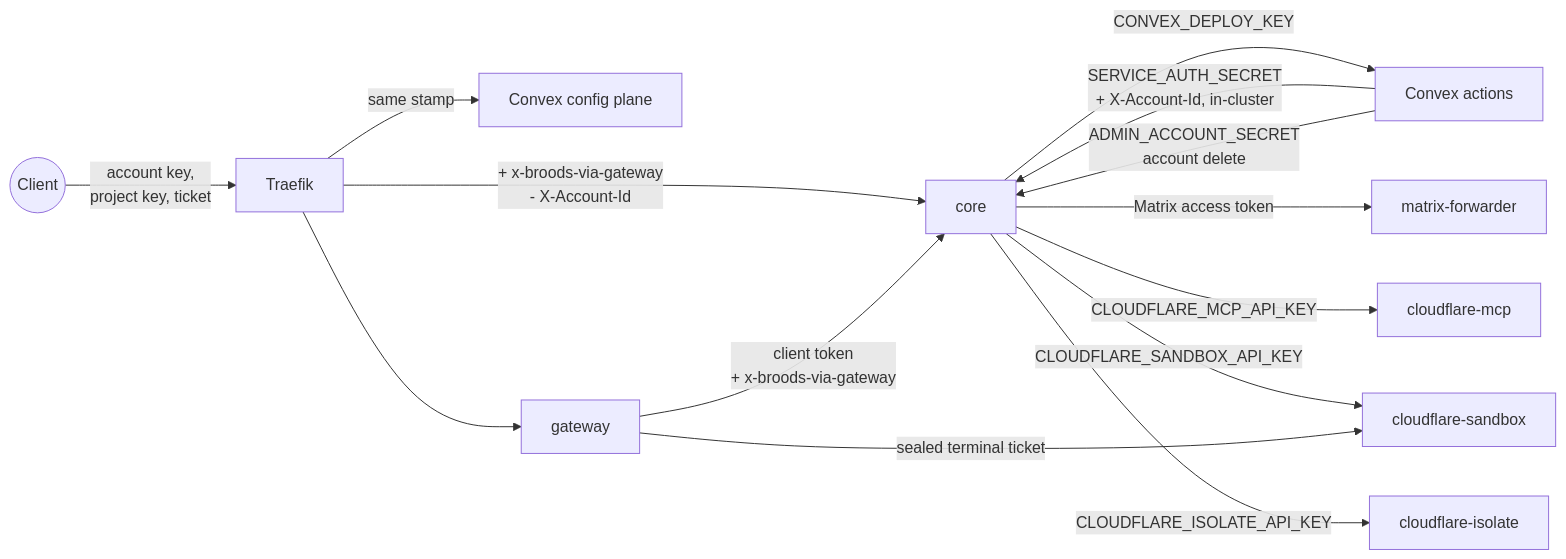
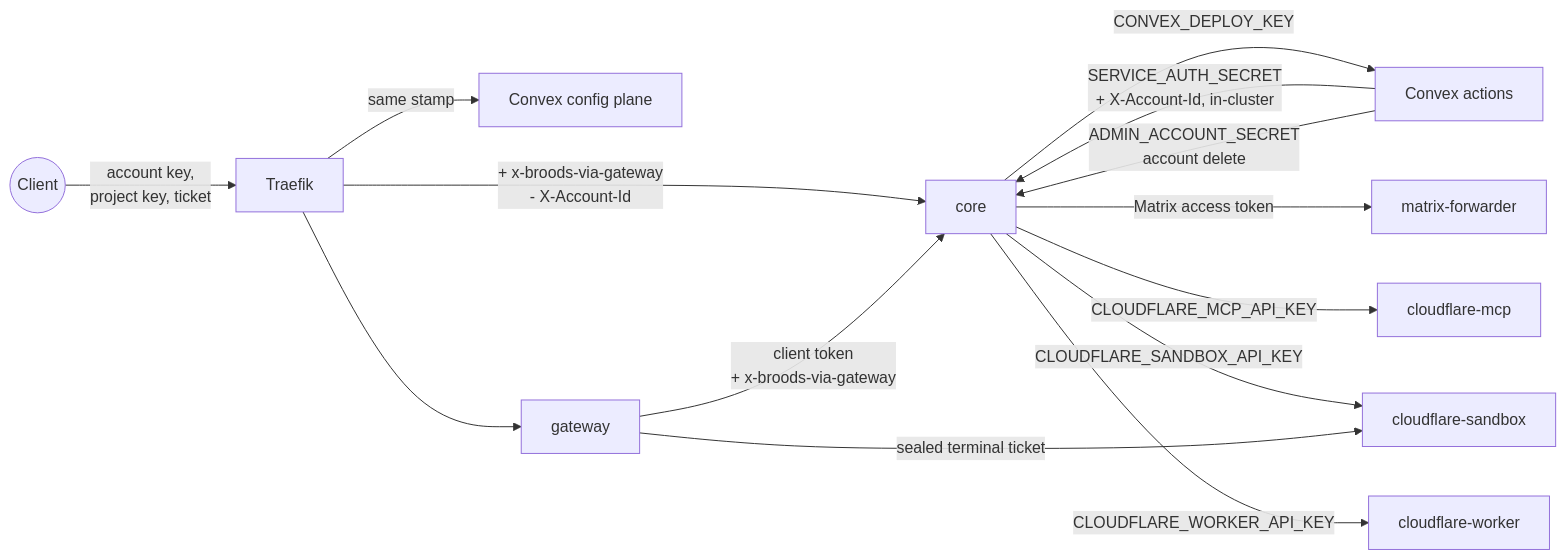
One commit to beeblastco/broods changed the fifth of 8 diagrams in apps/docs/docs/internals/operations.md. Above: the diagram before and after it, drawn with Mermaid. The commit also changed other lines of this file and 19 other files, not shown here.

First line of the commit message:
fix(dashboard,docs,demos): name the provider Fast Cloudflare V8 Worker, shell caps, true disk cap

````diff
--- a/apps/docs/docs/internals/operations.md
+++ b/apps/docs/docs/internals/operations.md
@@ -189,16 +189,16 @@
 ```mermaid
 flowchart LR
   Client((Client)) -->|"account key,<br/>project key, ticket"| Traefik
   Traefik -->|"+ x-broods-via-gateway<br/>- X-Account-Id"| Core[core]
   Traefik -->|same stamp| Site[Convex config plane]
   Traefik --> Gateway[gateway]
   Gateway -->|"client token<br/>+ x-broods-via-gateway"| Core
   Convex[Convex actions] -->|"SERVICE_AUTH_SECRET<br/>+ X-Account-Id, in-cluster"| Core
   Convex -->|"ADMIN_ACCOUNT_SECRET<br/>account delete"| Core
   Core -->|CONVEX_DEPLOY_KEY| Convex
   Core -->|Matrix access token| MFwd[matrix-forwarder]
   Core -->|CLOUDFLARE_MCP_API_KEY| MCP[cloudflare-mcp]
   Core -->|CLOUDFLARE_SANDBOX_API_KEY| SBX[cloudflare-sandbox]
-  Core -->|CLOUDFLARE_ISOLATE_API_KEY| ISO[cloudflare-isolate]
+  Core -->|CLOUDFLARE_WORKER_API_KEY| ISO[cloudflare-worker]
   Gateway -->|sealed terminal ticket| SBX
 ```
````
